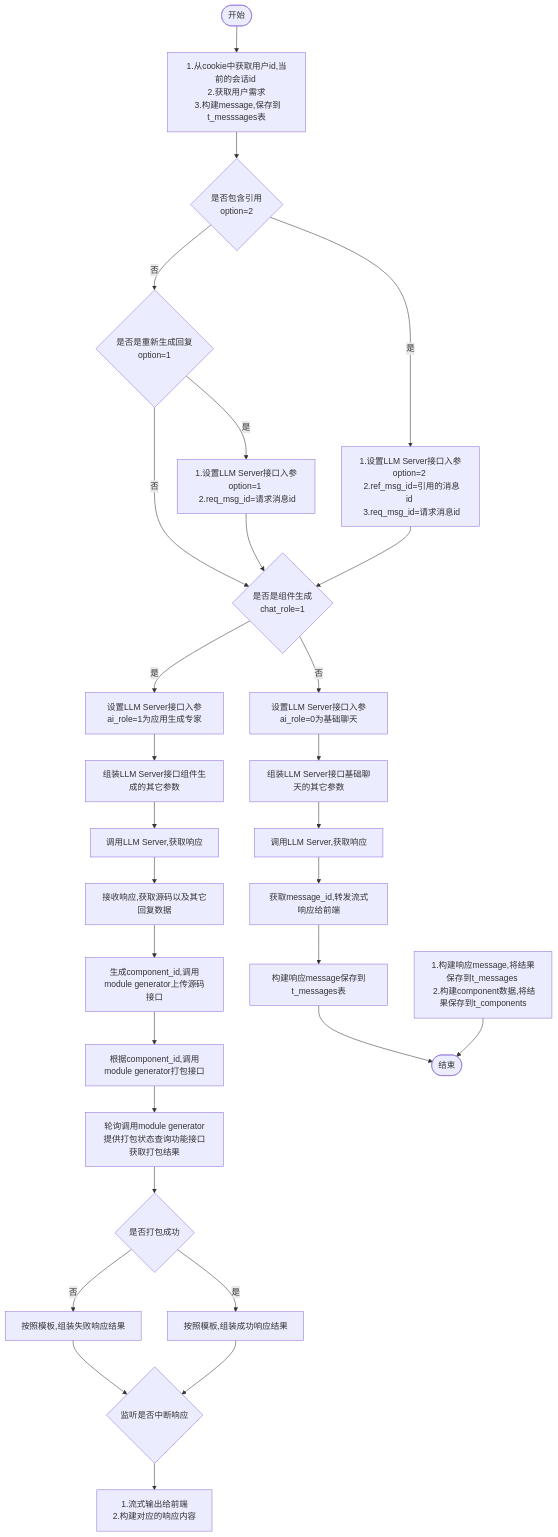
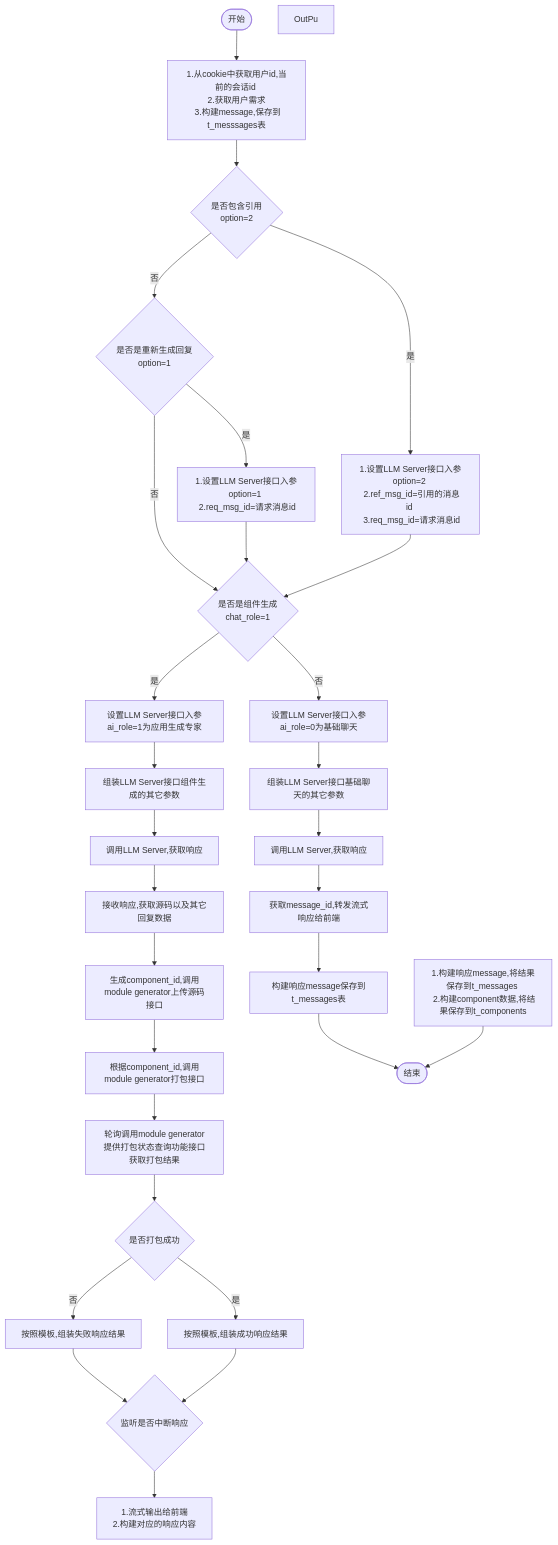
Before and after one commit to yingjianzh/iodraw-files: the diagram in all/w3-会话-不需要传递message.md, drawn with Mermaid.

Commit message:
2024-10-15 15:14:30 update

````diff
--- a/all/w3-会话-不需要传递message.md
+++ b/all/w3-会话-不需要传递message.md
@@ -1,36 +1,37 @@
 ```mermaid
 flowchart TD
     A([开始]) --> B[1.从cookie中获取用户id,当前的会话id \n 2.获取用户需求 \n 3.构建message,保存到t_messsages表]
     B--> D{是否包含引用 \n option=2}
     D -- 是 --> E[1.设置LLM Server接口入参option=2 \n 2.ref_msg_id=引用的消息id \n 3.req_msg_id=请求消息id]
     D -- 否 --> F{是否是重新生成回复\n option=1}
     F -- 是 --> G[1.设置LLM Server接口入参option=1 \n 2.req_msg_id=请求消息id]
     F -- 否 --> I
      
     E & G --> I{是否是组件生成 \n chat_role=1}
     I -- 否 --> K[设置LLM Server接口入参ai_role=0为基础聊天]
     I -- 是 --> J[设置LLM Server接口入参ai_role=1为应用生成专家]
     
 
     J --> L[组装LLM Server接口组件生成的其它参数]    
     K --> M[组装LLM Server接口基础聊天的其它参数]    
     M --> N[调用LLM Server,获取响应]    
     N --> O[获取message_id,转发流式响应给前端]
     O --> P[构建响应message保存到t_messages表]
     P --> R([结束])
 
 
     L --> S[调用LLM Server,获取响应]
     S --> T[接收响应,获取源码以及其它回复数据]
     T --> U[生成component_id,调用module generator上传源码接口]
     U --> V[根据component_id,调用module generator打包接口]
     V --> W[轮询调用module generator提供打包状态查询功能接口获取打包结果]
     W --> X{是否打包成功}
     X -- 是 --> Y[按照模板,组装成功响应结果]
     X -- 否 --> Z[按照模板,组装失败响应结果]
     Y & Z --> Done{监听是否中断响应}
     Done --> OutPut[1.流式输出给前端 \n 2.构建对应的响应内容]
+    OutPu
 
     Result[1.构建响应message,将结果保存到t_messages \n 2.构建component数据,将结果保存到t_components]
     Result --> R
 ```
````
